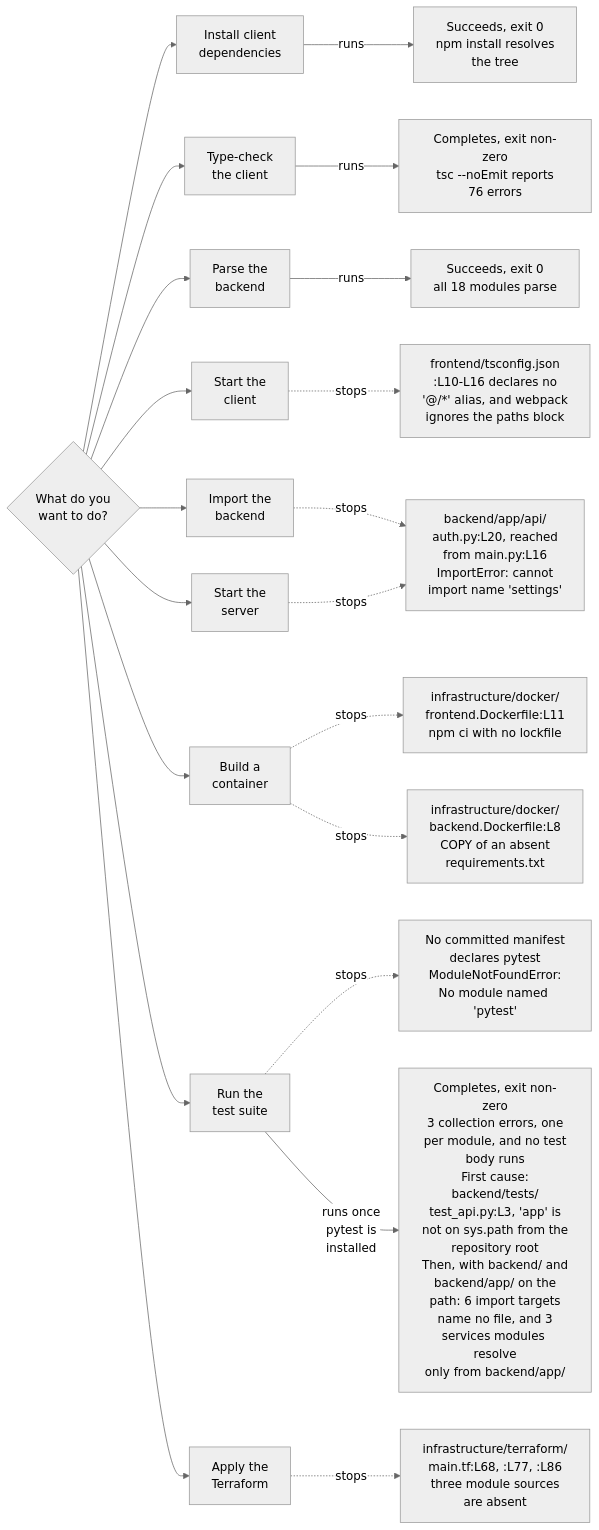
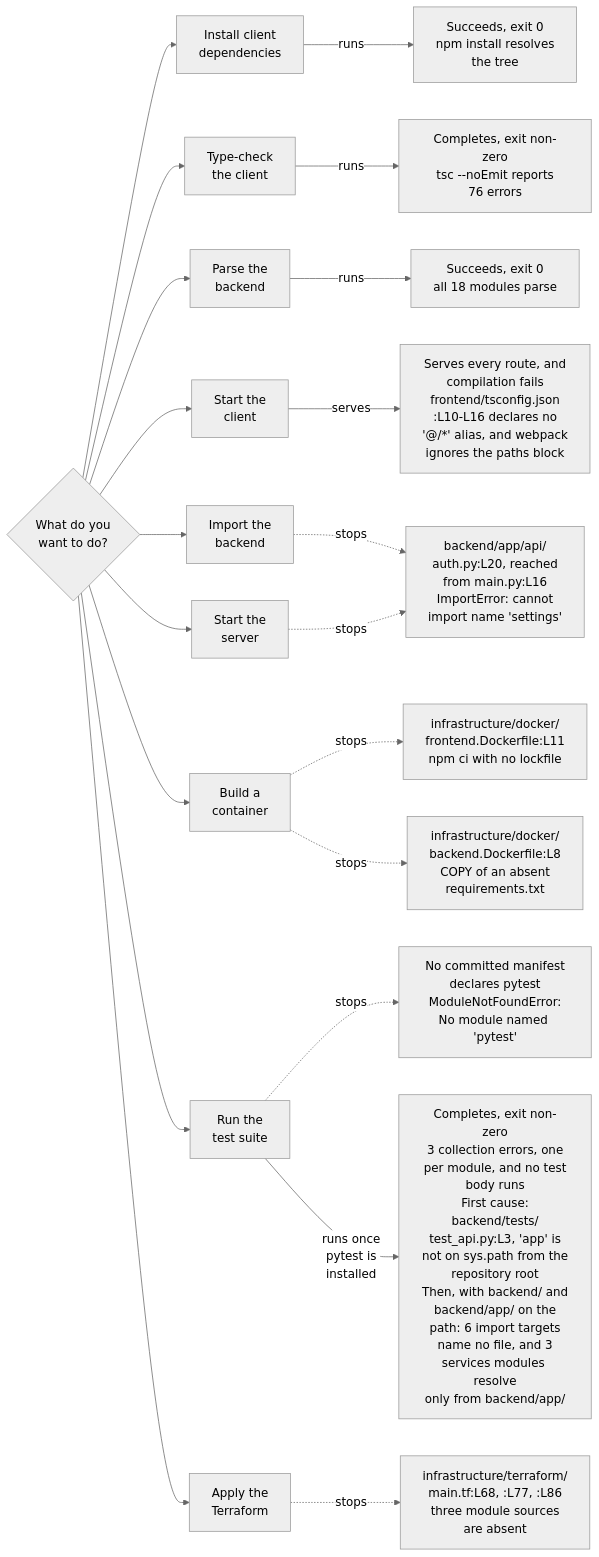
One commit to blitzy-public-samples/microsoft-word-u33ko0 changed the diagram in docs/onboarding.md. Above: the diagram before and after it, drawn with Mermaid (neutral theme). The commit also changed other lines of this file and 5 other files, not shown here.

````diff
--- a/docs/onboarding.md
+++ b/docs/onboarding.md
@@ -707,34 +707,34 @@
 ```mermaid
 graph LR
     accTitle: What runs today and where each run stops
-    accDescr: A decision node fans out to nine tasks. Four run to completion and two of those succeed. Five stop, and each failure node cites a file and line where one exists or names the missing artifact or path. The test path stops until pytest is installed, then completes and reports three collection errors, and its completion node also names the first cause and what sits behind it.
+    accDescr: A decision node fans out to nine tasks. Five reach a result and two of those succeed. Four stop, and each failure node cites a file and line where one exists or names the missing artifact or path. The client-start path serves every route while compilation fails. The test path stops until pytest is installed, then completes and reports three collection errors, and its completion node also names the first cause and what sits behind it.
     START{"What do you<br/>want to do?"}
 
     START --> A["Install client<br/>dependencies"]
     START --> B["Type-check<br/>the client"]
     START --> C["Parse the<br/>backend"]
     START --> D["Start the<br/>client"]
     START --> E["Import the<br/>backend"]
     START --> F["Start the<br/>server"]
     START --> G["Build a<br/>container"]
     START --> H["Run the<br/>test suite"]
     START --> I["Apply the<br/>Terraform"]
 
     A -->|"runs"| AOK["Succeeds, exit 0<br/>npm install resolves<br/>the tree"]
     B -->|"runs"| BOK["Completes, exit non-zero<br/>tsc --noEmit reports<br/>76 errors"]
     C -->|"runs"| COK["Succeeds, exit 0<br/>all 18 modules parse"]
 
-    D -.->|"stops"| DNO["frontend/tsconfig.json<br/>:L10-L16 declares no<br/>'@/*' alias, and webpack<br/>ignores the paths block"]
+    D -->|"serves"| DOK["Serves every route, and<br/>compilation fails<br/>frontend/tsconfig.json<br/>:L10-L16 declares no<br/>'@/*' alias, and webpack<br/>ignores the paths block"]
     E -.->|"stops"| ENO["backend/app/api/<br/>auth.py:L20, reached<br/>from main.py:L16<br/>ImportError: cannot<br/>import name 'settings'"]
     F -.->|"stops"| ENO
     G -.->|"stops"| GNO1["infrastructure/docker/<br/>frontend.Dockerfile:L11<br/>npm ci with no lockfile"]
     G -.->|"stops"| GNO2["infrastructure/docker/<br/>backend.Dockerfile:L8<br/>COPY of an absent<br/>requirements.txt"]
     H -.->|"stops"| HNO0["No committed manifest<br/>declares pytest<br/>ModuleNotFoundError:<br/>No module named 'pytest'"]
     H -->|"runs once<br/>pytest is<br/>installed"| HOK["Completes, exit non-zero<br/>3 collection errors, one<br/>per module, and no test<br/>body runs<br/>First cause:<br/>backend/tests/<br/>test_api.py:L3, 'app' is<br/>not on sys.path from the<br/>repository root<br/>Then, with backend/ and<br/>backend/app/ on the<br/>path: 6 import targets<br/>name no file, and 3<br/>services modules resolve<br/>only from backend/app/"]
     I -.->|"stops"| INO["infrastructure/terraform/<br/>main.tf:L68, :L77, :L86<br/>three module sources<br/>are absent"]
 
-%% A solid edge marks a path that runs to completion, and its node states whether the run succeeded.
-%% A dashed edge marks a path that stops before completing. Failure nodes cite a file and line
+%% A solid edge marks a path that reaches a result, and its node states what the result was. A
+%% dashed edge marks a path that stops before completing. Failure nodes cite a file and line
 %% where one exists, and absence-only nodes name the missing artifact or path. The test path
 %% carries both edge kinds, because it stops until pytest is installed and then completes.
 ```
````
